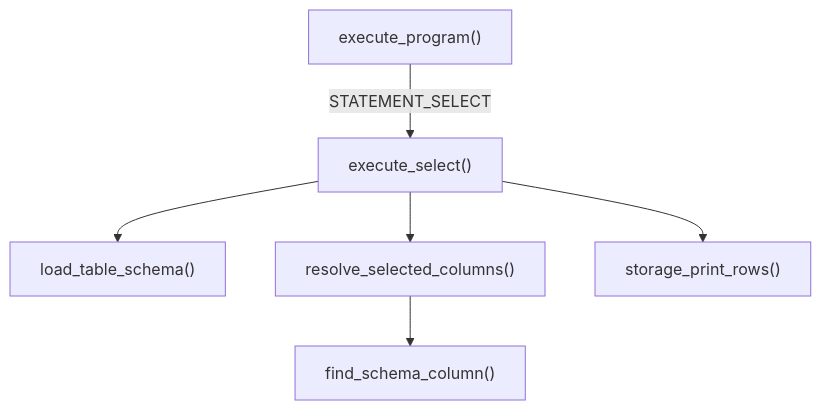
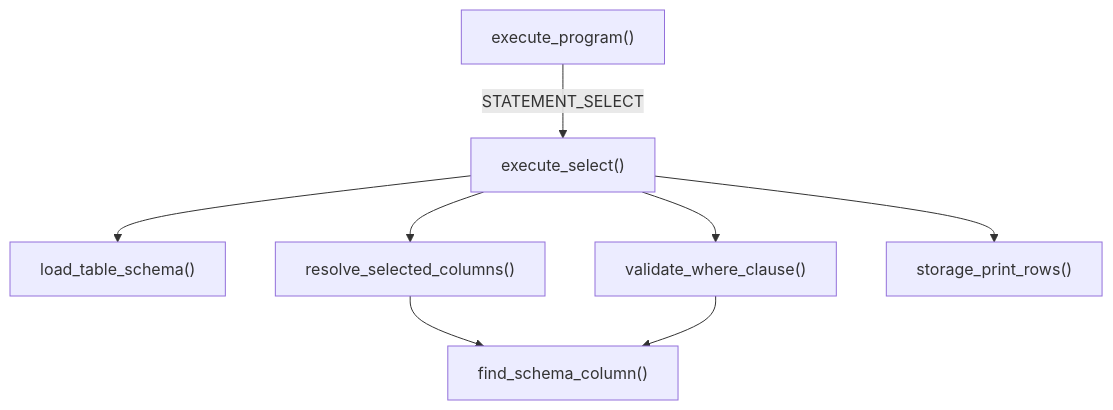
One commit to Jungle-12-303/week6-team5-sql changed the fourth of 17 diagrams in docs/storage-executor.md. Above: the diagram before and after it, drawn with Mermaid. The commit also changed other lines of this file and 4 other files, not shown here.

````diff
--- a/docs/storage-executor.md
+++ b/docs/storage-executor.md
@@ -93,15 +100,18 @@
 ```mermaid
 flowchart TD
     EP["execute_program()"]
     ES["execute_select()"]
     LTS["load_table_schema()"]
     RSC["resolve_selected_columns()"]
+    VWC["validate_where_clause()"]
     FSC["find_schema_column()"]
     SPR["storage_print_rows()"]
 
     EP -->|"STATEMENT_SELECT"| ES
     ES --> LTS
     ES --> RSC
     RSC --> FSC
+    ES --> VWC
+    VWC --> FSC
     ES --> SPR
 ```
````
